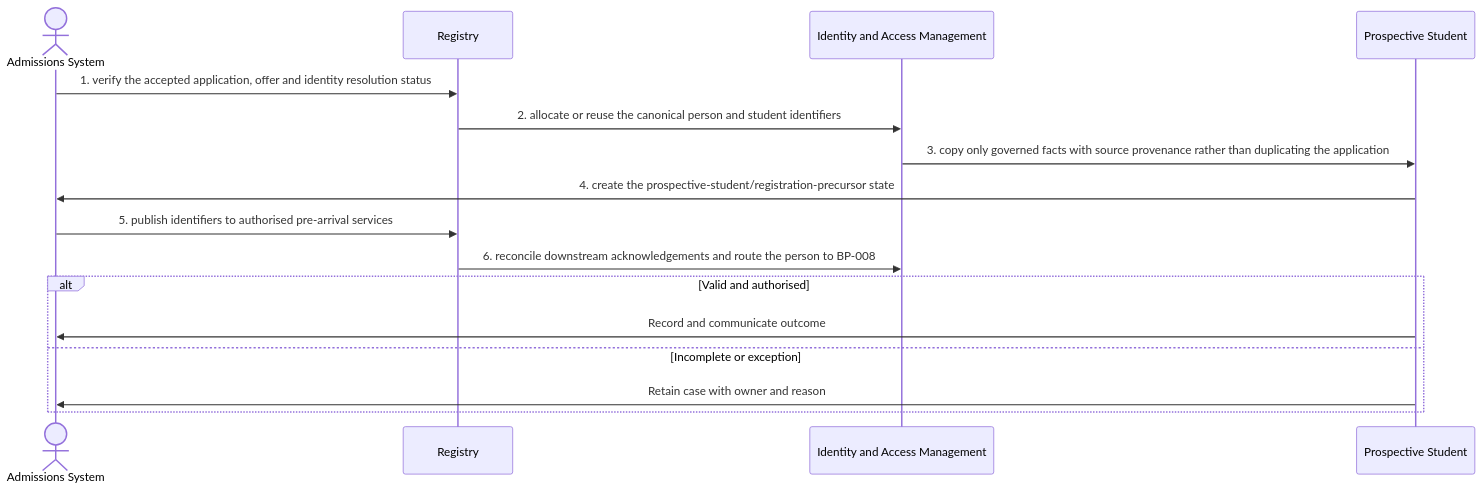
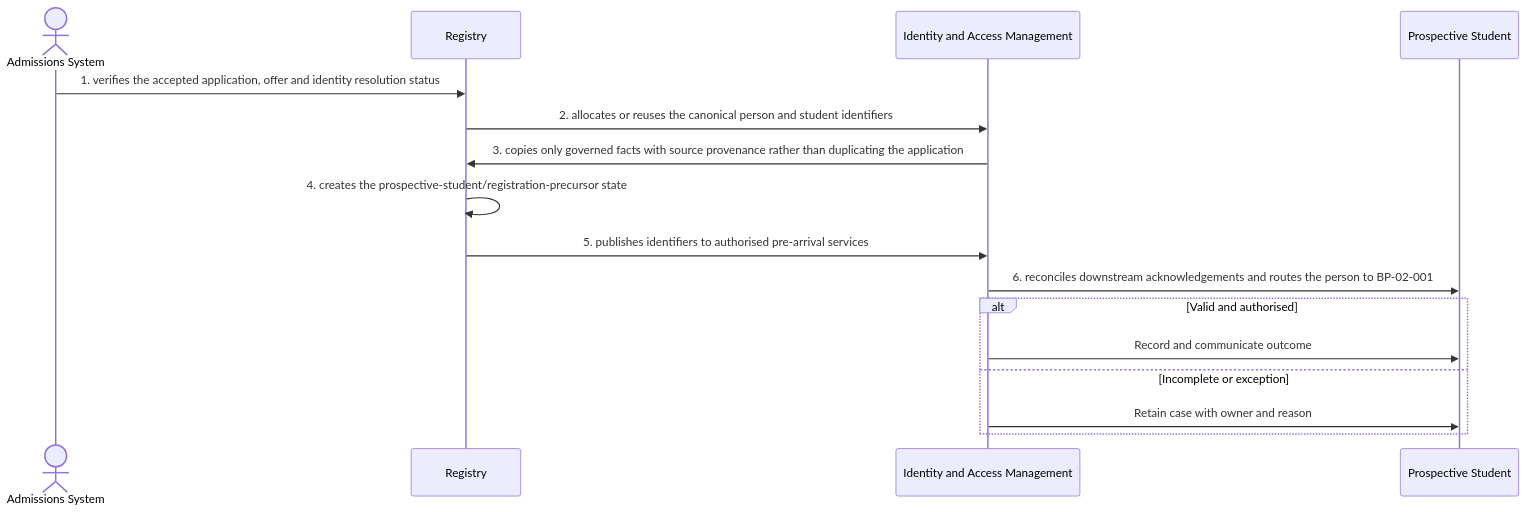
One commit to RevelationCore/Revelation-SRS changed the diagram in docs/business-processes/01-recruitment-and-admissions/bp-01-007-convert-an-accepted-applicant-to-a-prospective-student-record.md. Above: the diagram before and after it, drawn with Mermaid. The commit also changed other lines of this file and 96 other files, not shown here.

````diff
--- a/docs/business-processes/01-recruitment-and-admissions/bp-01-007-convert-an-accepted-applicant-to-a-prospective-student-record.md
+++ b/docs/business-processes/01-recruitment-and-admissions/bp-01-007-convert-an-accepted-applicant-to-a-prospective-student-record.md
@@ -159,18 +159,18 @@
 ```mermaid
 sequenceDiagram
     actor A1 as Admissions System
     participant A2 as Registry
     participant A3 as Identity and Access Management
     participant A4 as Prospective Student
-    A1->>A2: 1. verify the accepted application, offer and identity resolution status
-    A2->>A3: 2. allocate or reuse the canonical person and student identifiers
-    A3->>A4: 3. copy only governed facts with source provenance rather than duplicating the application
-    A4->>A1: 4. create the prospective-student/registration-precursor state
-    A1->>A2: 5. publish identifiers to authorised pre-arrival services
-    A2->>A3: 6. reconcile downstream acknowledgements and route the person to BP-008
+    A1->>A2: 1. verifies the accepted application, offer and identity resolution status
+    A2->>A3: 2. allocates or reuses the canonical person and student identifiers
+    A3->>A2: 3. copies only governed facts with source provenance rather than duplicating the application
+    A2->>A2: 4. creates the prospective-student/registration-precursor state
+    A2->>A3: 5. publishes identifiers to authorised pre-arrival services
+    A3->>A4: 6. reconciles downstream acknowledgements and routes the person to BP-02-001
     alt Valid and authorised
-        A4->>A1: Record and communicate outcome
+        A3->>A4: Record and communicate outcome
     else Incomplete or exception
-        A4->>A1: Retain case with owner and reason
+        A3->>A4: Retain case with owner and reason
     end
 ```
````
